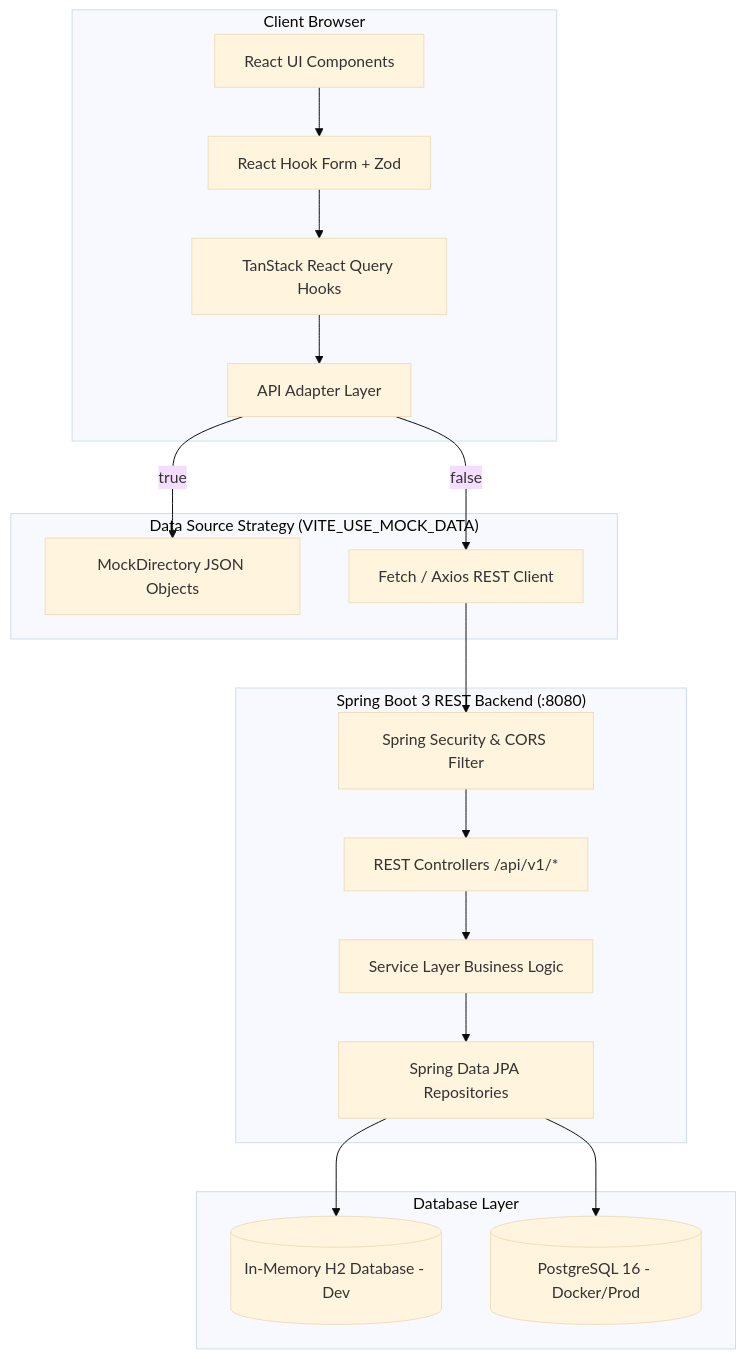
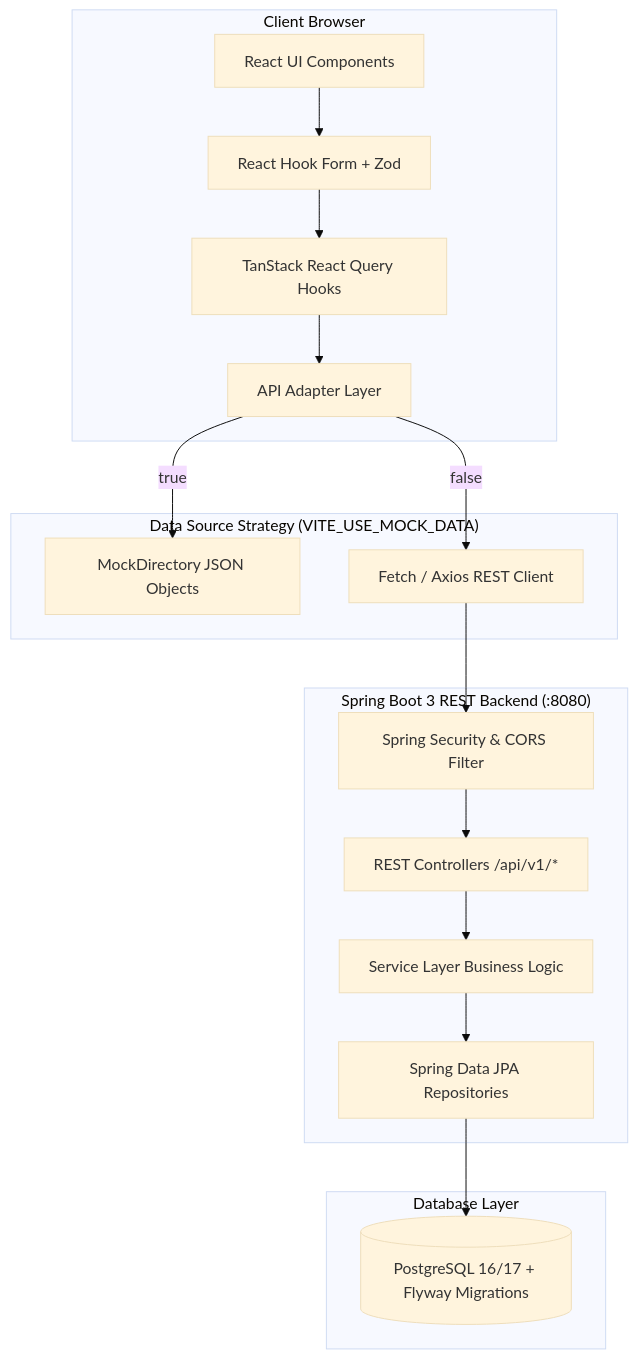
One commit to i-peeyush/insight changed the diagram in PROJECT_WALKTHROUGH.md. Above: the diagram before and after it, drawn with Mermaid (base theme). The commit also changed other lines of this file and 9 other files, not shown here.

````diff
--- a/PROJECT_WALKTHROUGH.md
+++ b/PROJECT_WALKTHROUGH.md
@@ -64,38 +64,36 @@
 ```mermaid
 flowchart TD
     subgraph Browser ["Client Browser"]
         UI[React UI Components]
         Forms[React Hook Form + Zod]
         RQuery[TanStack React Query Hooks]
         Adapter[API Adapter Layer]
     end
 
     subgraph DualMode ["Data Source Strategy (VITE_USE_MOCK_DATA)"]
         Mock[MockDirectory JSON Objects]
         HTTP[Fetch / Axios REST Client]
     end
 
     subgraph Backend ["Spring Boot 3 REST Backend (:8080)"]
         Sec[Spring Security & CORS Filter]
         Ctrl[REST Controllers /api/v1/*]
         Svc[Service Layer Business Logic]
         Repo[Spring Data JPA Repositories]
     end
 
     subgraph Persistence ["Database Layer"]
-        H2[(In-Memory H2 Database - Dev)]
-        PG[(PostgreSQL 16 - Docker/Prod)]
+        PG[(PostgreSQL 16/17 + Flyway Migrations)]
     end
 
     UI --> Forms
     Forms --> RQuery
     RQuery --> Adapter
     Adapter -->|true| Mock
     Adapter -->|false| HTTP
     HTTP --> Sec
     Sec --> Ctrl
     Ctrl --> Svc
     Svc --> Repo
-    Repo --> H2
     Repo --> PG
 ```
````
